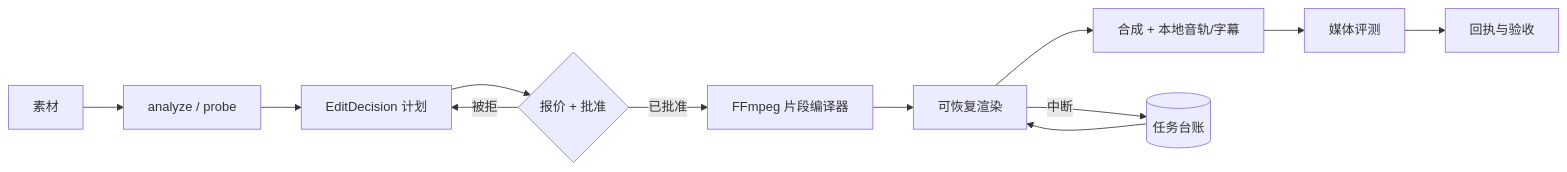
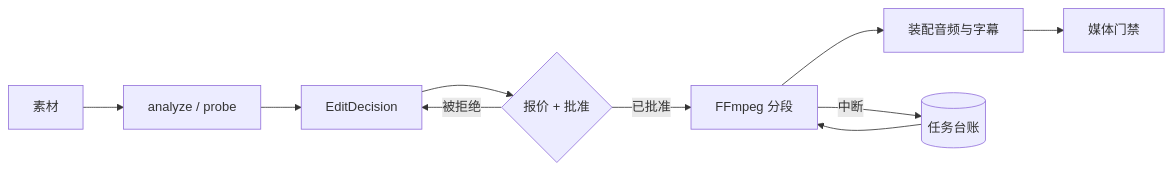
The diagram in README.zh-CN.md (full-aigc-plugins/video-factory-plugin), drawn with Mermaid before and after one commit. The commit also changed other lines of this file and 3 other files, not shown here.

````diff
--- a/README.zh-CN.md
+++ b/README.zh-CN.md
@@ -102,14 +146,12 @@
 ```mermaid
 flowchart LR
     A[素材] --> B[analyze / probe]
-    B --> C[EditDecision 计划]
+    B --> C[EditDecision]
     C --> D{报价 + 批准}
-    D -->|已批准| E[FFmpeg 片段编译器]
-    D -->|被拒| C
-    E --> F[可恢复渲染]
-    F --> G[合成 + 本地音轨/字幕]
-    G --> H[媒体评测]
-    H --> I[回执与验收]
-    F -->|中断| J[(任务台账)]
-    J --> F
+    D -->|已批准| E[FFmpeg 分段]
+    D -->|被拒绝| C
+    E --> F[装配音频与字幕]
+    F --> G[媒体门禁]
+    E -->|中断| H[(任务台账)]
+    H --> E
 ```
````
